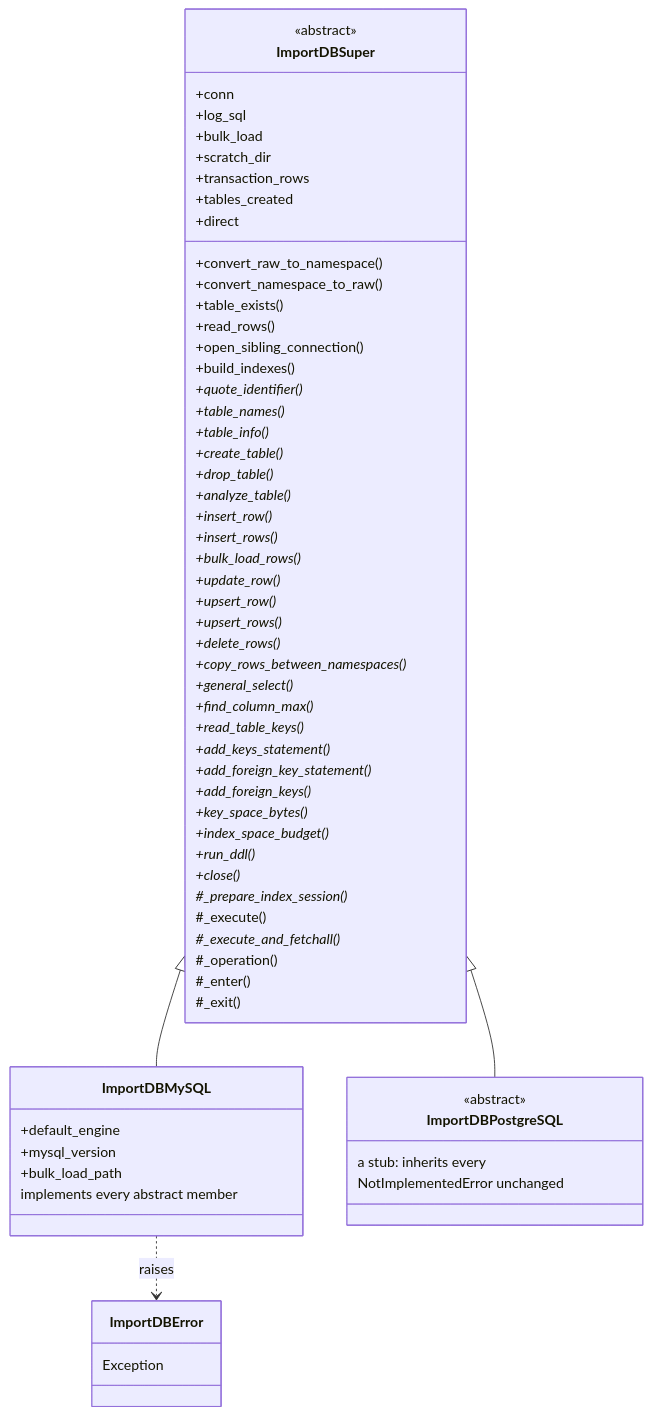
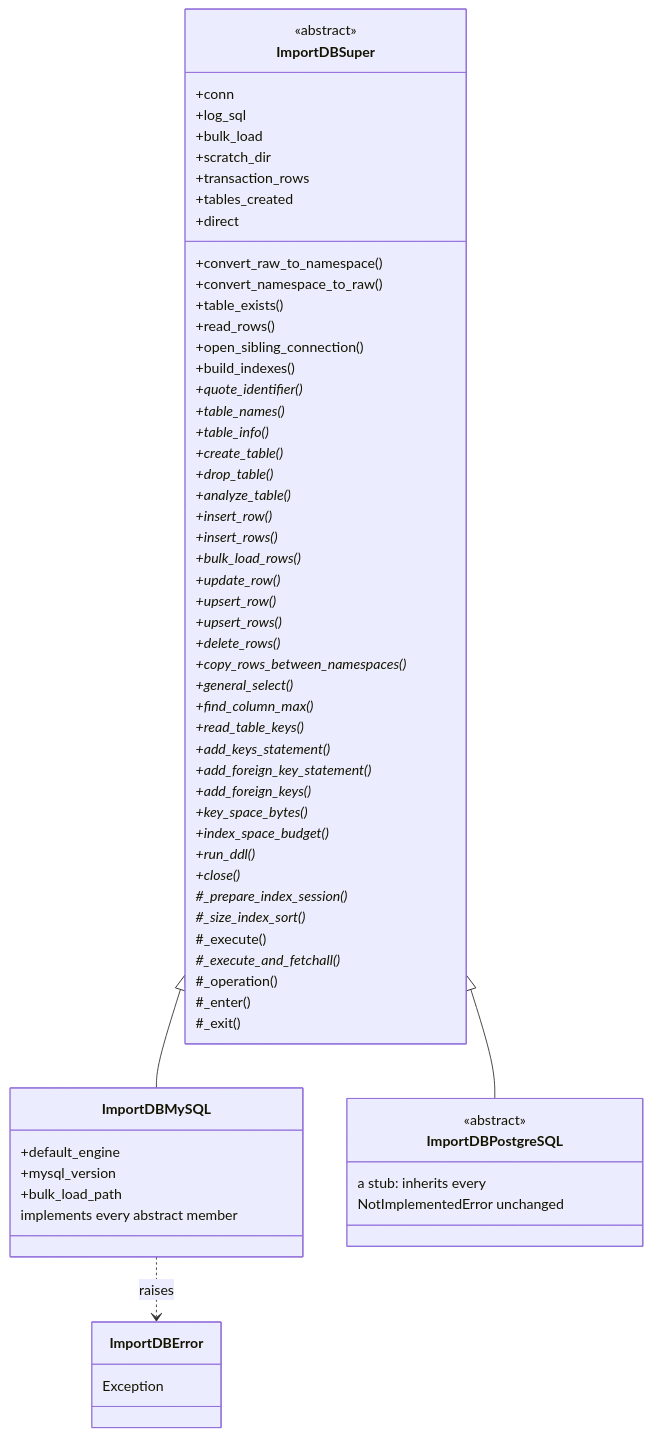
The diagram in docs/dev_guide_import_db.rst (SETI/rms-opus), drawn with Mermaid before and after one commit. The commit also changed other lines of this file and 5 other files, not shown here.

First line of the commit message:
fix: size each index build's sort buffer to its largest key

```diff
--- a/docs/dev_guide_import_db.rst
+++ b/docs/dev_guide_import_db.rst
@@ -25,68 +25,69 @@
 .. mermaid::
     :zoom:
 
     classDiagram
         class ImportDBSuper {
             <<abstract>>
             +conn
             +log_sql
             +bulk_load
             +scratch_dir
             +transaction_rows
             +tables_created
             +direct
             +convert_raw_to_namespace()
             +convert_namespace_to_raw()
             +table_exists()
             +read_rows()
             +open_sibling_connection()
             +build_indexes()
             +quote_identifier()*
             +table_names()*
             +table_info()*
             +create_table()*
             +drop_table()*
             +analyze_table()*
             +insert_row()*
             +insert_rows()*
             +bulk_load_rows()*
             +update_row()*
             +upsert_row()*
             +upsert_rows()*
             +delete_rows()*
             +copy_rows_between_namespaces()*
             +general_select()*
             +find_column_max()*
             +read_table_keys()*
             +add_keys_statement()*
             +add_foreign_key_statement()*
             +add_foreign_keys()*
             +key_space_bytes()*
             +index_space_budget()*
             +run_ddl()*
             +close()*
             #_prepare_index_session()*
+            #_size_index_sort()*
             #_execute()
             #_execute_and_fetchall()*
             #_operation()
             #_enter()
             #_exit()
         }
         class ImportDBMySQL {
             +default_engine
             +mysql_version
             +bulk_load_path
             implements every abstract member
         }
         class ImportDBPostgreSQL {
             <<abstract>>
             a stub: inherits every
             NotImplementedError unchanged
         }
         class ImportDBError {
             Exception
         }
 
         ImportDBSuper <|-- ImportDBMySQL
         ImportDBSuper <|-- ImportDBPostgreSQL
         ImportDBMySQL ..> ImportDBError : raises
```
